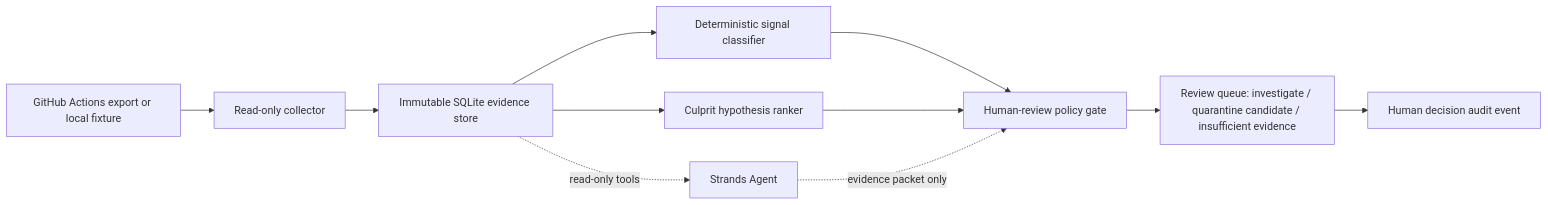
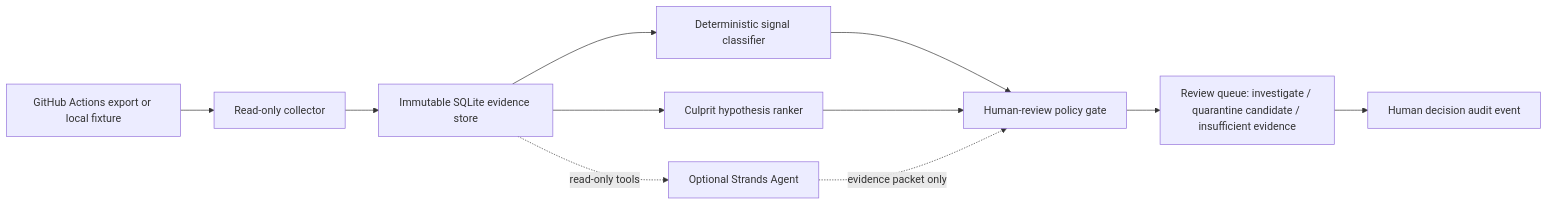
Before and after one commit to DominiqueAndrew/signal-steward-agents-for-humans: the diagram in docs/architecture.md, drawn with Mermaid. The commit also changed other lines of this file and 1 other file, not shown here.

Commit message:
docs: clarify optional Strands invocation

````diff
--- a/docs/architecture.md
+++ b/docs/architecture.md
@@ -5,13 +5,13 @@
 ```mermaid
 flowchart LR
   A[GitHub Actions export or local fixture] --> B[Read-only collector]
   B --> C[Immutable SQLite evidence store]
   C --> D[Deterministic signal classifier]
   C --> E[Culprit hypothesis ranker]
   D --> F[Human-review policy gate]
   E --> F
   F --> G[Review queue: investigate / quarantine candidate / insufficient evidence]
   G --> H[Human decision audit event]
-  C -. read-only tools .-> I[Strands Agent]
+  C -. read-only tools .-> I[Optional Strands Agent]
   I -. evidence packet only .-> F
 ```
````
